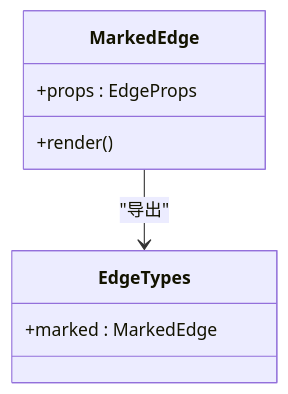
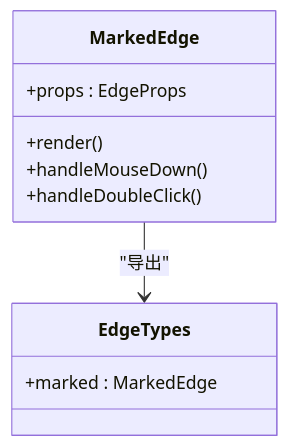
One commit to kqcoxn/MaaPipelineEditor changed the fifth of 8 diagrams in .qoder/repowiki/zh/content/核心概念/连接面板.md. Above: the diagram before and after it, drawn with Mermaid. The commit also changed other lines of this file and 8 other files, not shown here.

````diff
--- a/.qoder/repowiki/zh/content/核心概念/连接面板.md
+++ b/.qoder/repowiki/zh/content/核心概念/连接面板.md
@@ -236,11 +279,13 @@
 ```mermaid
 classDiagram
 class MarkedEdge {
 +props : EdgeProps
 +render()
++handleMouseDown()
++handleDoubleClick()
 }
 class EdgeTypes {
 +marked : MarkedEdge
 }
 MarkedEdge --> EdgeTypes : "导出"
 ```
````
